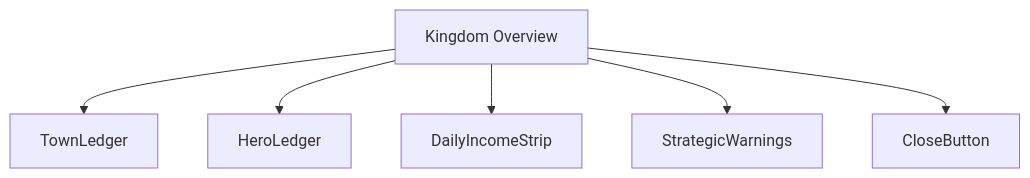
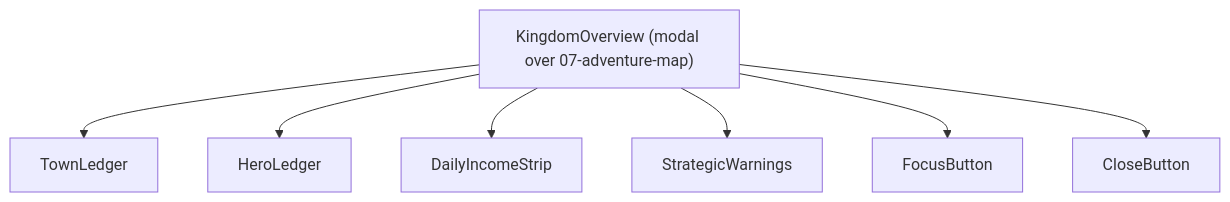
The first of 5 diagrams in docs/architecture/wiki/screens/08-kingdom-overview/architecture.md (SunaNoOshiro/Heroes_Reforged_AI_Realms), drawn with Mermaid before and after one commit. The commit also changed other lines of this file and 518 other files, not shown here.

First line of the commit message:
Add doc-audit skill and sweep architecture/screen docs

````diff
--- a/docs/architecture/wiki/screens/08-kingdom-overview/architecture.md
+++ b/docs/architecture/wiki/screens/08-kingdom-overview/architecture.md
@@ -16,14 +30,10 @@
 ```mermaid
 flowchart TD
-  Root["Kingdom Overview"]
-  C0["TownLedger"]
-  Root --> C0
-  C1["HeroLedger"]
-  Root --> C1
-  C2["DailyIncomeStrip"]
-  Root --> C2
-  C3["StrategicWarnings"]
-  Root --> C3
-  C4["CloseButton"]
-  Root --> C4
+  Root["KingdomOverview (modal over 07-adventure-map)"]
+  Root --> C0["TownLedger"]
+  Root --> C1["HeroLedger"]
+  Root --> C2["DailyIncomeStrip"]
+  Root --> C3["StrategicWarnings"]
+  Root --> C4["FocusButton"]
+  Root --> C5["CloseButton"]
 ```
````
